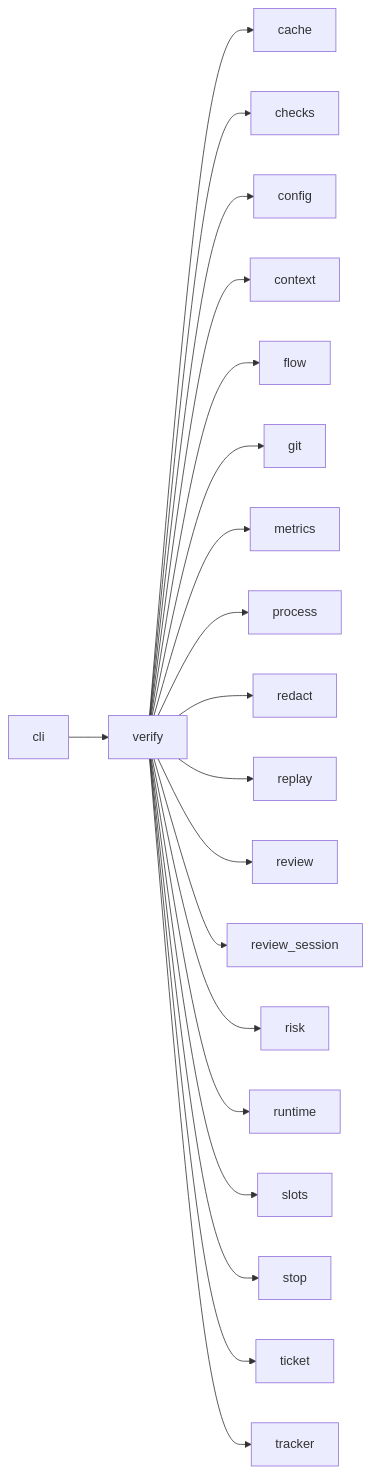
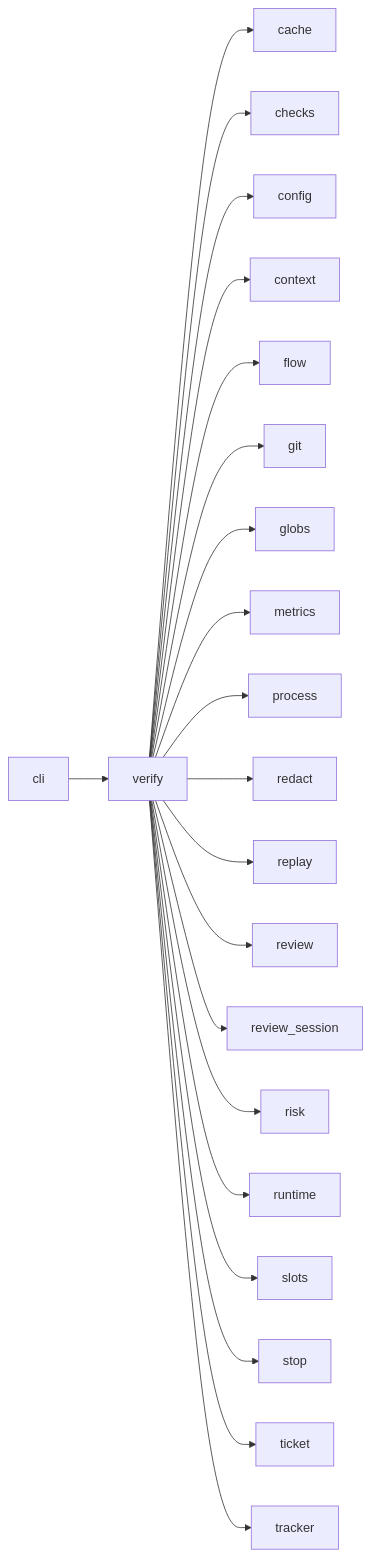
One commit to plaplanche/ariane changed the third of 3 diagrams in docs/architecture/modules/verify.md. Above: the diagram before and after it, drawn with Mermaid. The commit also changed 42 other files, not shown here.

````diff
--- a/docs/architecture/modules/verify.md
+++ b/docs/architecture/modules/verify.md
@@ -84,22 +84,23 @@
 ```mermaid
 flowchart LR
   cli --> verify
   verify --> cache
   verify --> checks
   verify --> config
   verify --> context
   verify --> flow
   verify --> git
+  verify --> globs
   verify --> metrics
   verify --> process
   verify --> redact
   verify --> replay
   verify --> review
   verify --> review_session
   verify --> risk
   verify --> runtime
   verify --> slots
   verify --> stop
   verify --> ticket
   verify --> tracker
 ```
````
